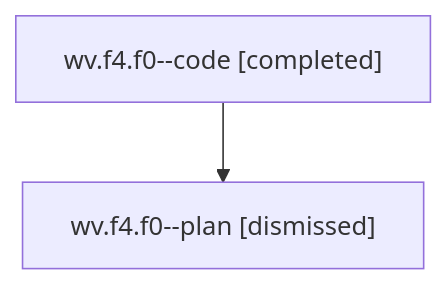
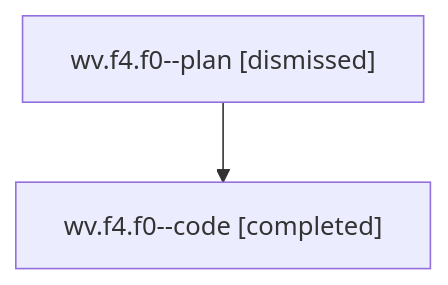
The diagram in families/bbugyi200.athena.wv.f4.f0.md (sase-org/sase--agents), drawn with Mermaid before and after one commit. The commit also changed 1607 other files, not shown here.

````diff
--- a/families/bbugyi200.athena.wv.f4.f0.md
+++ b/families/bbugyi200.athena.wv.f4.f0.md
@@ -9,6 +9,6 @@
 ```mermaid
 flowchart TD
-  n0["wv.f4.f0--code [completed]"]
-  n1["wv.f4.f0--plan [dismissed]"]
+  n0["wv.f4.f0--plan [dismissed]"]
+  n1["wv.f4.f0--code [completed]"]
   n0 --> n1
 ```
````
